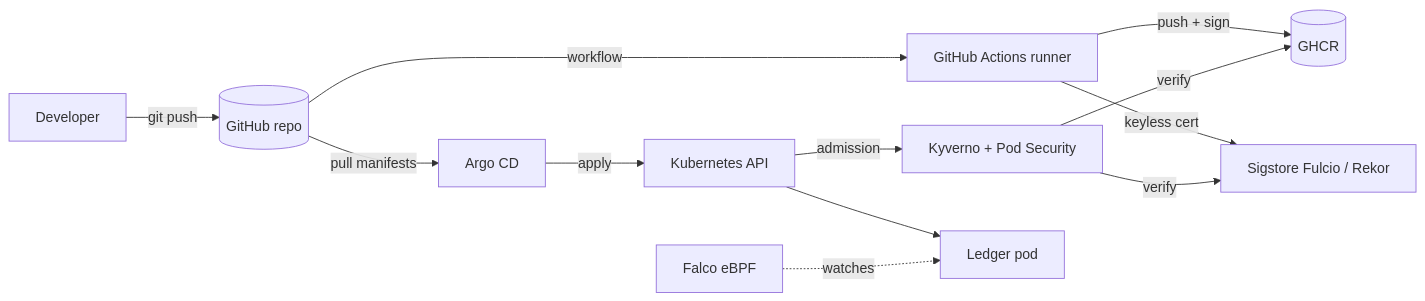
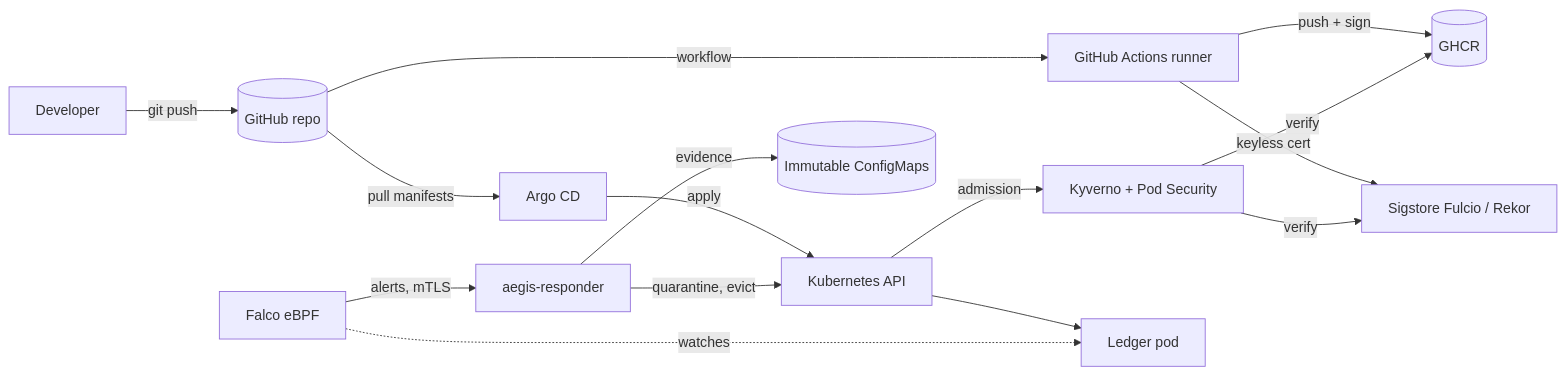
One commit to ahmedelgmal310/aegis-devsecops changed the diagram in docs/threat-model.md. Above: the diagram before and after it, drawn with Mermaid. The commit also changed other lines of this file and 2 other files, not shown here.

Commit message:
fix(responder): set fsGroup so the non-root process can read its TLS key

````diff
--- a/docs/threat-model.md
+++ b/docs/threat-model.md
@@ -20,14 +20,17 @@
 ```mermaid
 flowchart LR
     dev[Developer] -->|git push| gh[(GitHub repo)]
     gh -->|workflow| ci[GitHub Actions runner]
     ci -->|push + sign| reg[(GHCR)]
     ci -->|keyless cert| sig[Sigstore Fulcio / Rekor]
     gh -->|pull manifests| argo[Argo CD]
     argo -->|apply| api[Kubernetes API]
     api -->|admission| kyv[Kyverno + Pod Security]
     kyv -->|verify| reg
     kyv -->|verify| sig
     api --> pod[Ledger pod]
     falco[Falco eBPF] -.watches.-> pod
+    falco -->|alerts, mTLS| resp[aegis-responder]
+    resp -->|quarantine, evict| api
+    resp -->|evidence| ev[(Immutable ConfigMaps)]
 ```
````
